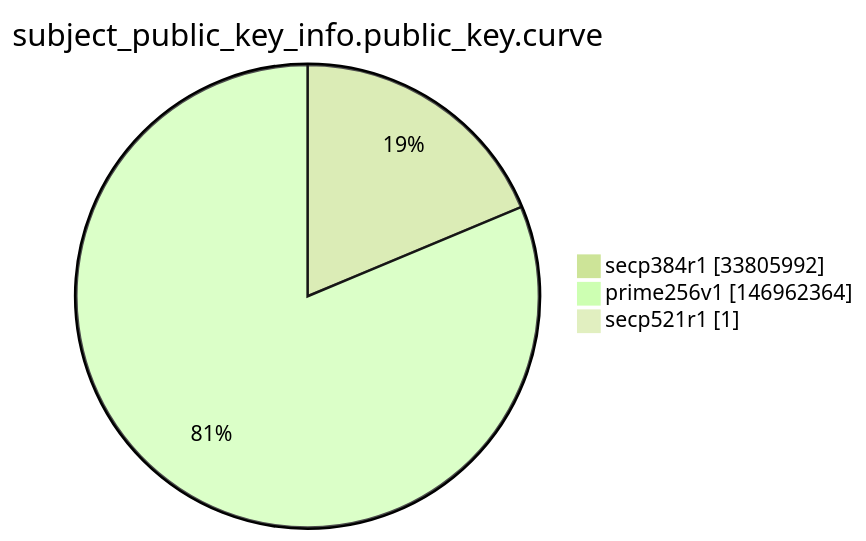
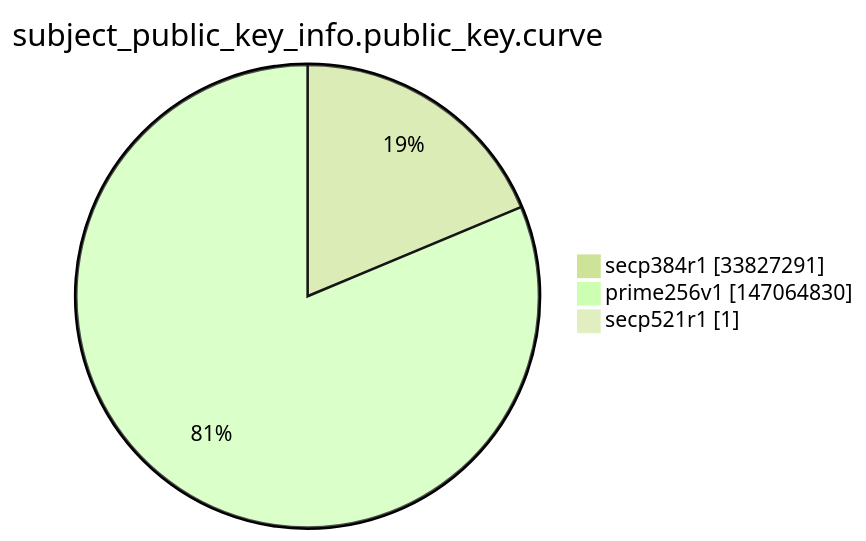
The ninth of 15 diagrams in argon2022/README.md (christiankrug/ctmonitor_visualization), drawn with Mermaid (forest theme) before and after one commit. The commit also changed other lines of this file, not shown here.

````diff
--- a/argon2022/README.md
+++ b/argon2022/README.md
@@ -2764,7 +2764,7 @@
 ```mermaid
 pie showData
 title subject_public_key_info.public_key.curve
-"secp384r1" :33805992
-"prime256v1" :146962364
+"secp384r1" :33827291
+"prime256v1" :147064830
 "secp521r1" :1
 ```
````
